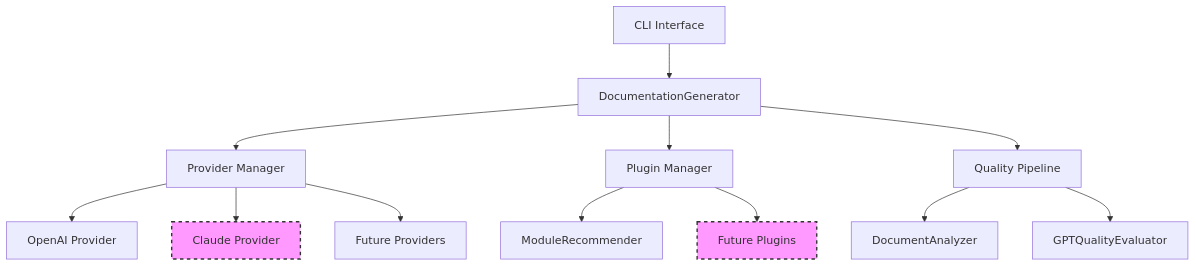
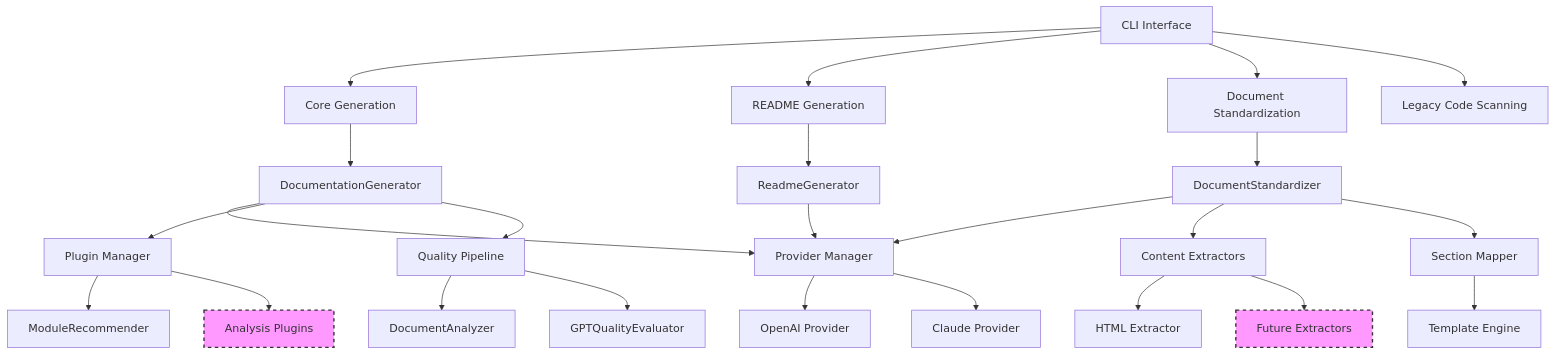
The diagram in docs/design/index.md (fasrc/doc-fun), drawn with Mermaid before and after one commit. The commit also changed other lines of this file and 35 other files, not shown here.

First line of the commit message:
feat(standardization): Add comprehensive document standardization feature

````diff
--- a/docs/design/index.md
+++ b/docs/design/index.md
@@ -43,19 +46,35 @@
 ```mermaid
 graph TB
-    A[CLI Interface] --> B[DocumentationGenerator]
-    B --> C[Provider Manager]
-    C --> D[OpenAI Provider]
-    C --> E[Claude Provider] 
-    C --> F[Future Providers]
+    A[CLI Interface] --> B[Core Generation]
+    A --> C[README Generation] 
+    A --> D[Document Standardization]
+    A --> E[Legacy Code Scanning]
     
-    B --> G[Plugin Manager]
-    G --> H[ModuleRecommender]
-    G --> I[Future Plugins]
+    B --> F[DocumentationGenerator]
+    C --> G[ReadmeGenerator]
+    D --> H[DocumentStandardizer]
     
-    B --> J[Quality Pipeline]
-    J --> K[DocumentAnalyzer]
-    J --> L[GPTQualityEvaluator]
+    F --> I[Provider Manager]
+    G --> I
+    H --> I
+    I --> J[OpenAI Provider]
+    I --> K[Claude Provider]
     
-    style E fill:#f9f,stroke:#333,stroke-width:2px,stroke-dasharray: 5 5
-    style I fill:#f9f,stroke:#333,stroke-width:2px,stroke-dasharray: 5 5
+    H --> L[Content Extractors]
+    L --> M[HTML Extractor]
+    L --> N[Future Extractors]
+    
+    H --> O[Section Mapper]
+    O --> P[Template Engine]
+    
+    F --> Q[Plugin Manager]
+    Q --> R[ModuleRecommender]
+    Q --> S[Analysis Plugins]
+    
+    F --> T[Quality Pipeline]
+    T --> U[DocumentAnalyzer]
+    T --> V[GPTQualityEvaluator]
+    
+    style N fill:#f9f,stroke:#333,stroke-width:2px,stroke-dasharray: 5 5
+    style S fill:#f9f,stroke:#333,stroke-width:2px,stroke-dasharray: 5 5
 ```
````
